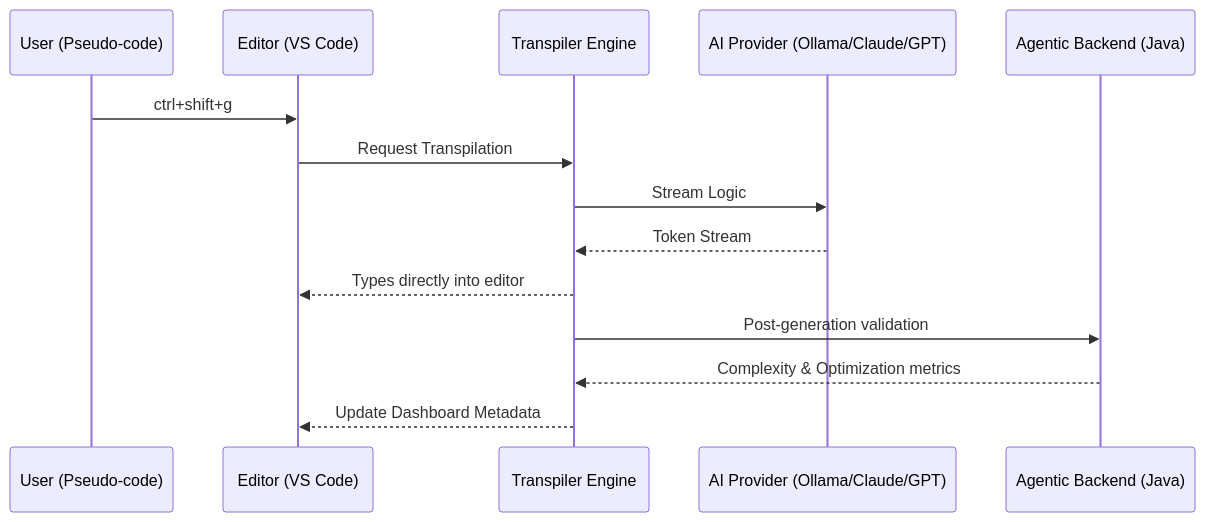
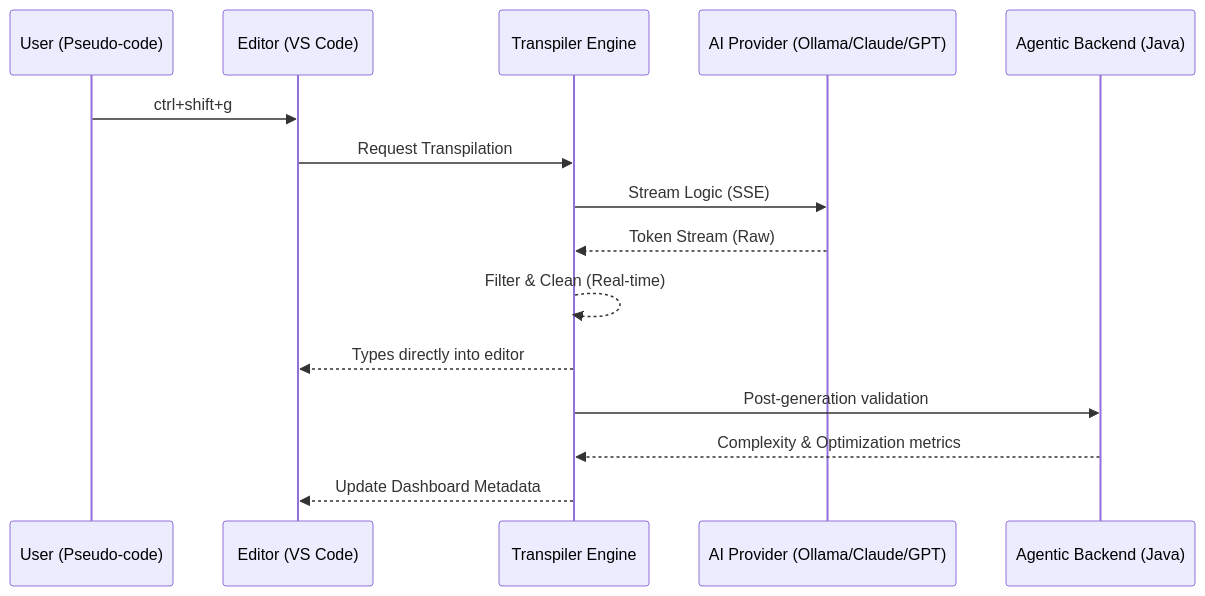
The diagram in WIKI.md (HarshBavaskar/Natlang-Extension), drawn with Mermaid before and after one commit. The commit also changed other lines of this file and 3 other files, not shown here.

````diff
--- a/WIKI.md
+++ b/WIKI.md
@@ -17,17 +38,18 @@
 ```mermaid
 sequenceDiagram
     participant U as User (Pseudo-code)
     participant E as Editor (VS Code)
     participant T as Transpiler Engine
     participant P as AI Provider (Ollama/Claude/GPT)
     participant B as Agentic Backend (Java)
 
     U->>E: ctrl+shift+g
     E->>T: Request Transpilation
-    T->>P: Stream Logic
-    P-->>T: Token Stream
+    T->>P: Stream Logic (SSE)
+    P-->>T: Token Stream (Raw)
+    T-->>T: Filter & Clean (Real-time)
     T-->>E: Types directly into editor
     T->>B: Post-generation validation
     B-->>T: Complexity & Optimization metrics
     T-->>E: Update Dashboard Metadata
 ```
````
